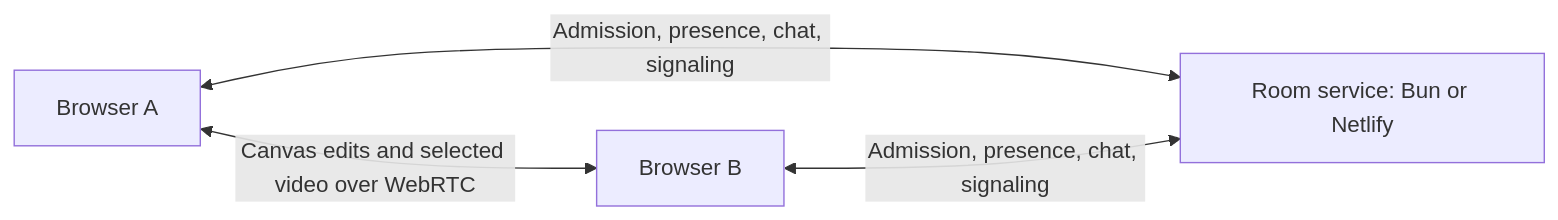
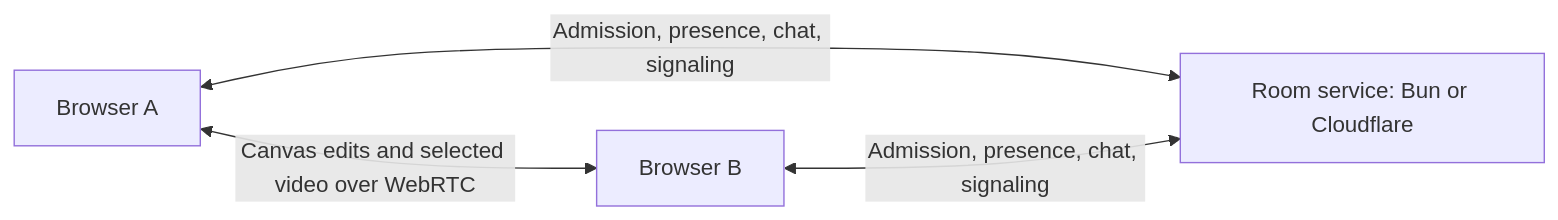
Before and after one commit to alexwelcing/common-workspace: the diagram in docs/architecture.md, drawn with Mermaid. The commit also changed other lines of this file and 21 other files, not shown here.

````diff
--- a/docs/architecture.md
+++ b/docs/architecture.md
@@ -9,6 +9,6 @@
 ```mermaid
 flowchart LR
   A[Browser A] <-->|Canvas edits and selected video over WebRTC| B[Browser B]
-  A <-->|Admission, presence, chat, signaling| R[Room service: Bun or Netlify]
+  A <-->|Admission, presence, chat, signaling| R[Room service: Bun or Cloudflare]
   B <-->|Admission, presence, chat, signaling| R
 ```
````
